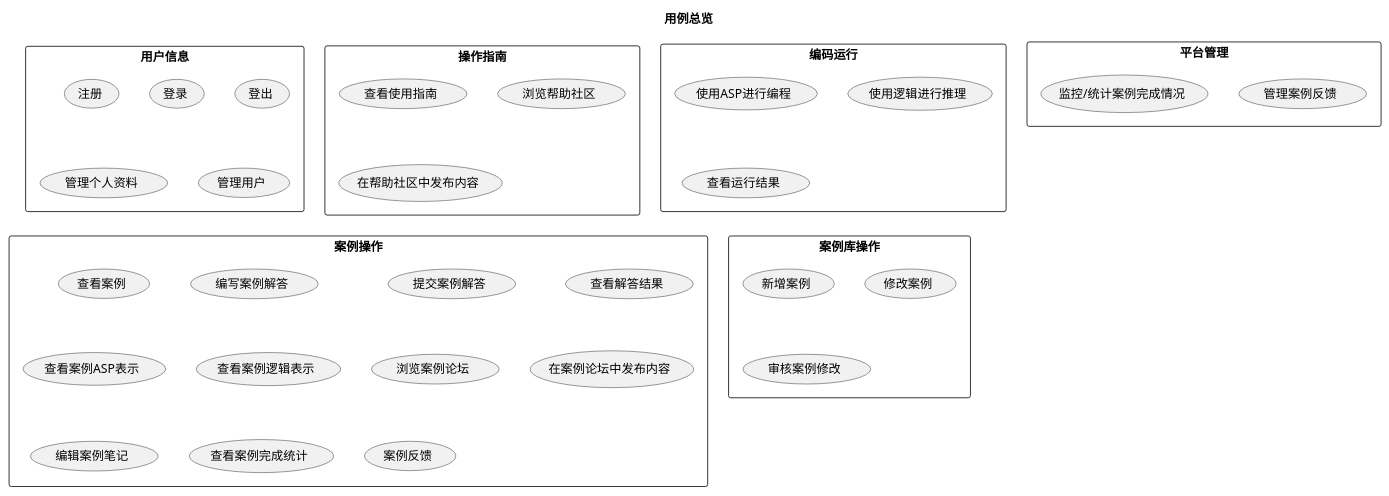
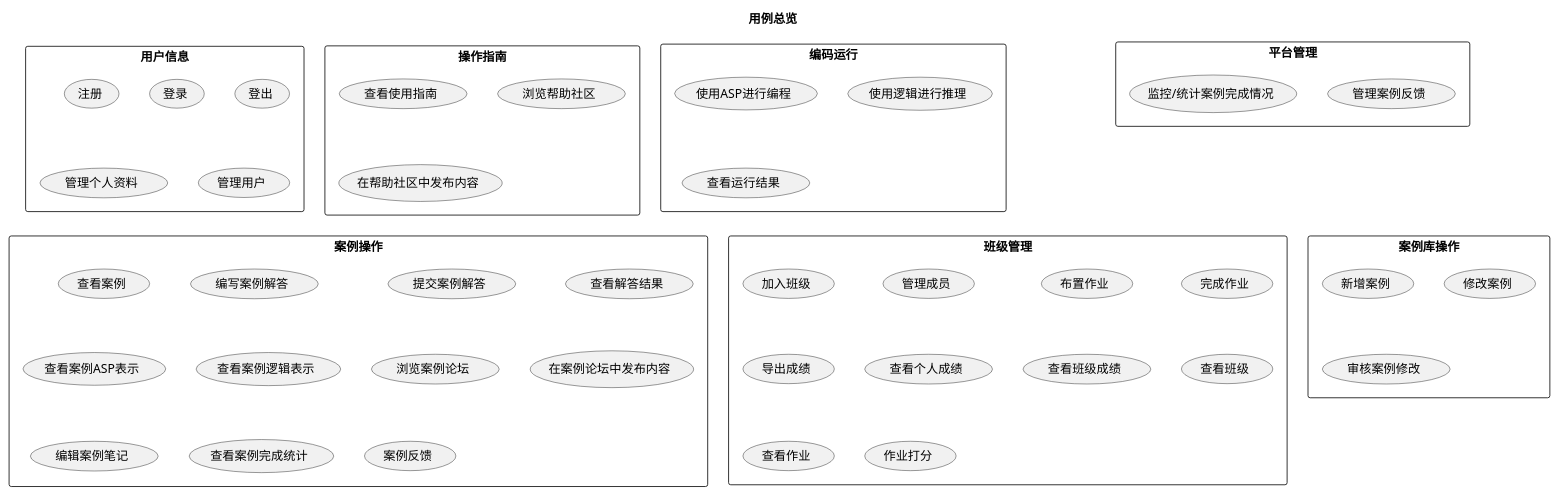
One commit to reaLJR/Logical-thinking-and-programming changed the fourth of 10 diagrams in platform-design/design-docs/my-usecase-design-v1.wsd. Above: the diagram before and after it, drawn with PlantUML. The commit also changed other lines of this file and 25 other files, not shown here.

```diff
--- a/platform-design/design-docs/my-usecase-design-v1.wsd
+++ b/platform-design/design-docs/my-usecase-design-v1.wsd
@@ -282,57 +576,70 @@
 @startuml 用例概览
 title "用例总览"
 
 rectangle "用户信息" {
     usecase (注册) as signUp
     usecase (登录) as signIn
     usecase (登出) as signOut
     usecase (管理个人资料) as manageInfo
     usecase (管理用户) as manageAccount
 }
 
 rectangle "操作指南" {
     usecase (查看使用指南) as viewGuide
     usecase (浏览帮助社区) as viewHelpCommunity
     usecase (在帮助社区中发布内容) as communicateHelpCommunity
     ' usecase (询问问答机器人) as askRobot    
 }
 
 rectangle "编码运行" {
     usecase (使用ASP进行编程) as viaAsp
 
     usecase (使用逻辑进行推理) as viaLogic
 
     ' usecase (自然语言转换为逻辑语句) as viaNl
 
     ' usecase (输入逻辑问题生成逻辑表达) as questionAutoTransfer
 
     usecase (查看运行结果) as checkResult
 }
 
 rectangle "案例操作" {
     usecase (查看案例) as viewCase
     usecase (编写案例解答) as solveCase
     usecase (提交案例解答) as submitCaseSolution
     usecase (查看解答结果) as checkCaseResult
     usecase (查看案例ASP表示) as caseAsp
     usecase (查看案例逻辑表示) as caseLogic
 
     usecase (浏览案例论坛) as viewCaseCommunity
     usecase (在案例论坛中发布内容) as communicateCaseCommunity
     usecase (编辑案例笔记) as writeCaseNotes
     usecase (查看案例完成统计) as checkCaseStatistics
     usecase (案例反馈) as caseFeedback
 }
 
+rectangle "班级管理" {
+    usecase (加入班级) as joinClass
+    usecase (管理成员) as manageMember
+    usecase (布置作业) as publishHomework
+    usecase (完成作业) as finishHomework
+    usecase (导出成绩) as exportScore
+    usecase (查看个人成绩) as viewMyScore
+    usecase (查看班级成绩) as viewSccores
+    usecase (查看班级) as viewClass
+    usecase (查看作业) as viewHomework
+    usecase (作业打分) as setScore
+}
+
 rectangle "案例库操作" {
     usecase (新增案例) as addCase
     usecase (修改案例) as editCase
     usecase (审核案例修改) as checkCaseEdit
 }
 
 rectangle "平台管理" {
     usecase (管理案例反馈) as manageFeedback
     usecase (监控/统计案例完成情况) as monitorCases
 }
 
 @enduml
```
